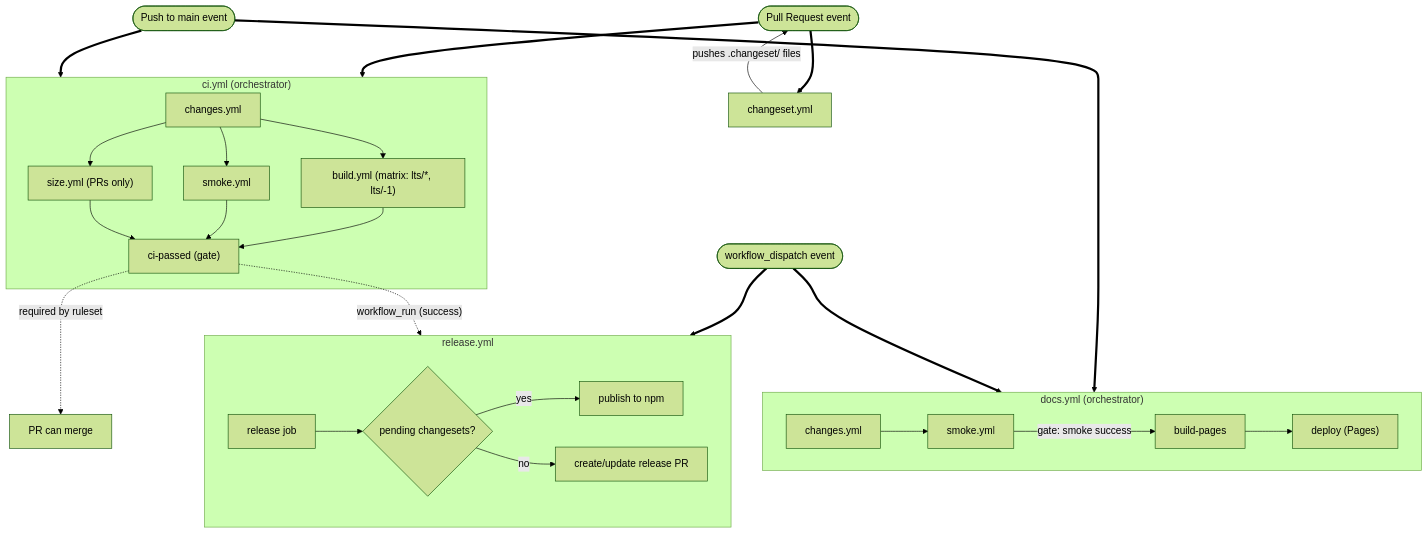
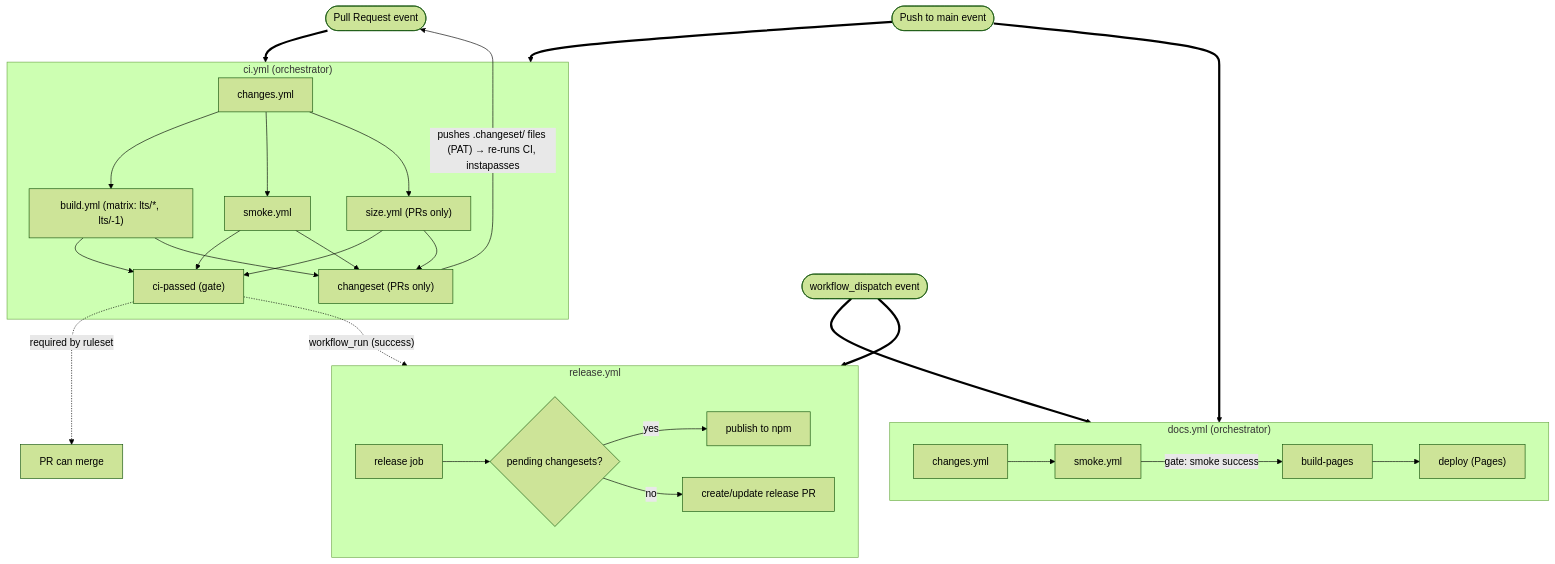
The first of 2 diagrams in .github/workflows/README.md (thejustinwalsh/three-flatland), drawn with Mermaid (forest theme) before and after one commit. The commit also changed other lines of this file and 3 other files, not shown here.

````diff
--- a/.github/workflows/README.md
+++ b/.github/workflows/README.md
@@ -5,42 +5,43 @@
 ```mermaid
 graph TD
     PR(["Pull Request event"])
     Push(["Push to main event"])
     Manual(["workflow_dispatch event"])
-    ChangesetWF["changeset.yml"]
-    ChangesetWF -->|"pushes .changeset/ files"| PR
 
     subgraph CIOrch ["ci.yml (orchestrator)"]
         CIChanges["changes.yml"]
         CIChanges --> CIBuild["build.yml (matrix: lts/*, lts/-1)"]
         CIChanges --> CISmoke["smoke.yml"]
         CIChanges --> CISize["size.yml (PRs only)"]
         CIBuild --> Gate["ci-passed (gate)"]
         CISmoke --> Gate
         CISize --> Gate
+        CIBuild --> ChangesetJob["changeset (PRs only)"]
+        CISmoke --> ChangesetJob
+        CISize --> ChangesetJob
     end
+    ChangesetJob -->|"pushes .changeset/ files (PAT) → re-runs CI, instapasses"| PR
 
     subgraph DocsOrch ["docs.yml (orchestrator)"]
         DocsChanges["changes.yml"]
         DocsChanges --> DocsSmoke["smoke.yml"]
         DocsSmoke -->|"gate: smoke success"| BuildPages["build-pages"]
         BuildPages --> DocsDeploy["deploy (Pages)"]
     end
 
     subgraph ReleaseFlow ["release.yml"]
         Release["release job"]
         Release --> Changesets{"pending changesets?"}
         Changesets -->|yes| Publish["publish to npm"]
         Changesets -->|no| ReleasePR["create/update release PR"]
     end
 
     PR ==> CIOrch
-    PR ==> ChangesetWF
     Push ==> CIOrch
     Push ==> DocsOrch
     Manual ==> DocsOrch
     Manual ==> ReleaseFlow
 
     Gate -.->|"workflow_run (success)"| ReleaseFlow
     Gate -.->|"required by ruleset"| Merge["PR can merge"]
 ```
````
